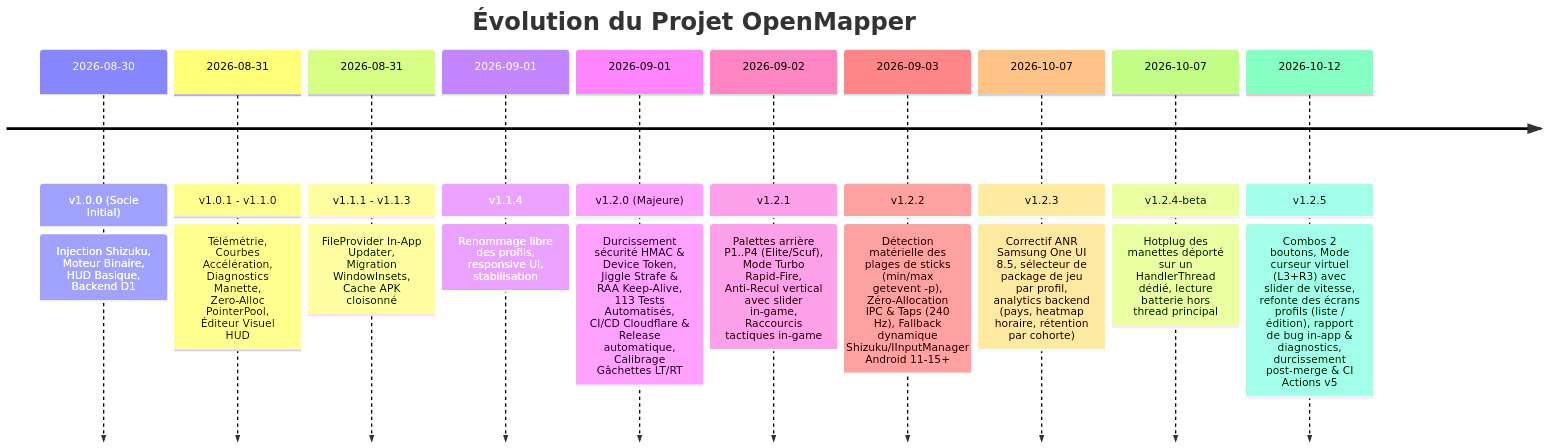
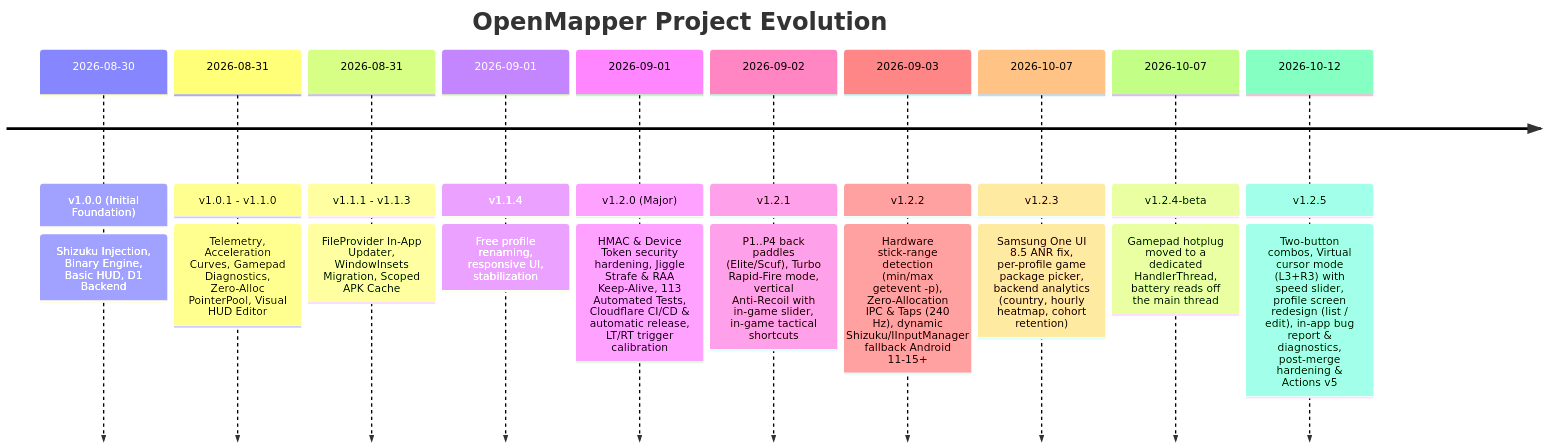
Before and after one commit to kinou-p/android-open-mapper: the first of 4 diagrams in agent.md, drawn with Mermaid. The commit also changed other lines of this file, not shown here.

````diff
--- a/agent.md
+++ b/agent.md
@@ -62,14 +62,14 @@
 ```mermaid
 timeline
-    title Évolution du Projet OpenMapper
-    2026-08-30 : v1.0.0 (Socle Initial) : Injection Shizuku, Moteur Binaire, HUD Basique, Backend D1
-    2026-08-31 : v1.0.1 - v1.1.0 : Télémétrie, Courbes Accélération, Diagnostics Manette, Zero-Alloc PointerPool, Éditeur Visuel HUD
-    2026-08-31 : v1.1.1 - v1.1.3 : FileProvider In-App Updater, Migration WindowInsets, Cache APK cloisonné
-    2026-09-01 : v1.1.4 : Renommage libre des profils, responsive UI, stabilisation
-    2026-09-01 : v1.2.0 (Majeure) : Durcissement sécurité HMAC & Device Token, Jiggle Strafe & RAA Keep-Alive, 113 Tests Automatisés, CI/CD Cloudflare & Release automatique, Calibrage Gâchettes LT/RT
-    2026-09-02 : v1.2.1 : Palettes arrière P1..P4 (Elite/Scuf), Mode Turbo Rapid-Fire, Anti-Recul vertical avec slider in-game, Raccourcis tactiques in-game
-    2026-09-03 : v1.2.2 : Détection matérielle des plages de sticks (min/max getevent -p), Zéro-Allocation IPC & Taps (240 Hz), Fallback dynamique Shizuku/IInputManager Android 11-15+
-    2026-10-07 : v1.2.3 : Correctif ANR Samsung One UI 8.5, sélecteur de package de jeu par profil, analytics backend (pays, heatmap horaire, rétention par cohorte)
-    2026-10-07 : v1.2.4-beta : Hotplug des manettes déporté sur un HandlerThread dédié, lecture batterie hors thread principal
-    2026-10-12 : v1.2.5 : Combos 2 boutons, Mode curseur virtuel (L3+R3) avec slider de vitesse, refonte des écrans profils (liste / édition), rapport de bug in-app & diagnostics, durcissement post-merge & CI Actions v5
+    title OpenMapper Project Evolution
+    2026-08-30 : v1.0.0 (Initial Foundation) : Shizuku Injection, Binary Engine, Basic HUD, D1 Backend
+    2026-08-31 : v1.0.1 - v1.1.0 : Telemetry, Acceleration Curves, Gamepad Diagnostics, Zero-Alloc PointerPool, Visual HUD Editor
+    2026-08-31 : v1.1.1 - v1.1.3 : FileProvider In-App Updater, WindowInsets Migration, Scoped APK Cache
+    2026-09-01 : v1.1.4 : Free profile renaming, responsive UI, stabilization
+    2026-09-01 : v1.2.0 (Major) : HMAC & Device Token security hardening, Jiggle Strafe & RAA Keep-Alive, 113 Automated Tests, Cloudflare CI/CD & automatic release, LT/RT trigger calibration
+    2026-09-02 : v1.2.1 : P1..P4 back paddles (Elite/Scuf), Turbo Rapid-Fire mode, vertical Anti-Recoil with in-game slider, in-game tactical shortcuts
+    2026-09-03 : v1.2.2 : Hardware stick-range detection (min/max getevent -p), Zero-Allocation IPC & Taps (240 Hz), dynamic Shizuku/IInputManager fallback Android 11-15+
+    2026-10-07 : v1.2.3 : Samsung One UI 8.5 ANR fix, per-profile game package picker, backend analytics (country, hourly heatmap, cohort retention)
+    2026-10-07 : v1.2.4-beta : Gamepad hotplug moved to a dedicated HandlerThread, battery reads off the main thread
+    2026-10-12 : v1.2.5 : Two-button combos, Virtual cursor mode (L3+R3) with speed slider, profile screen redesign (list / edit), in-app bug report & diagnostics, post-merge hardening & Actions v5
 ```
````
